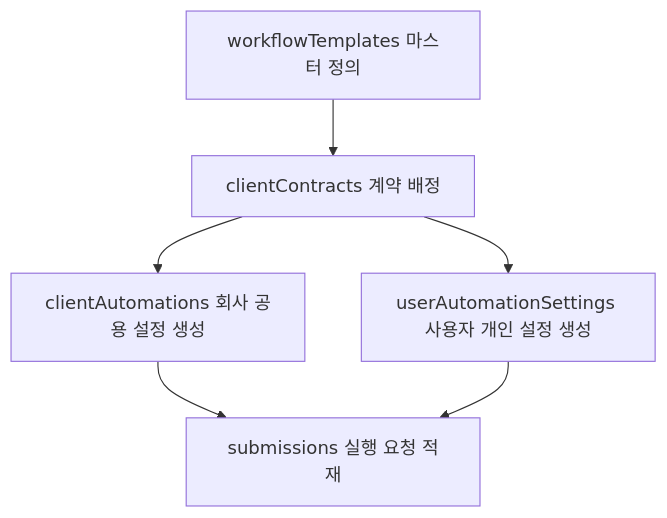
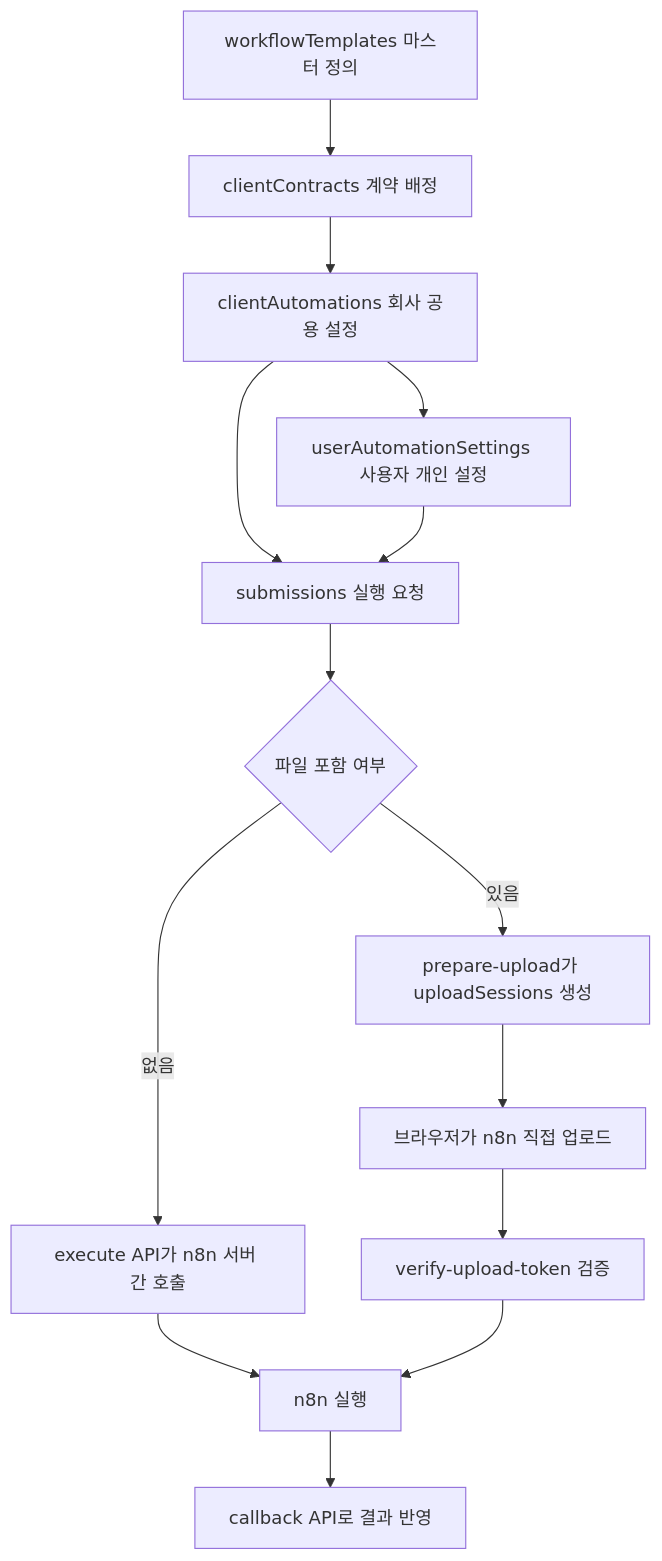
The diagram in docs/n8n-integration/N8Lient_DB_연동규약서.md (jang-seung-hee/n8lient), drawn with Mermaid before and after one commit. The commit also changed other lines of this file and 12 other files, not shown here.

````diff
--- a/docs/n8n-integration/N8Lient_DB_연동규약서.md
+++ b/docs/n8n-integration/N8Lient_DB_연동규약서.md
@@ -165,8 +273,16 @@
 ```mermaid
 graph TD
     A[workflowTemplates 마스터 정의] --> B[clientContracts 계약 배정]
-    B --> C[clientAutomations 회사 공용 설정 생성]
-    B --> D[userAutomationSettings 사용자 개인 설정 생성]
-    C --> E[submissions 실행 요청 적재]
-    D --> E[submissions 실행 요청 적재]
+    B --> C[clientAutomations 회사 공용 설정]
+    C --> D[userAutomationSettings 사용자 개인 설정]
+    C --> E[submissions 실행 요청]
+    D --> E
+    E --> F{파일 포함 여부}
+    F -->|없음| G[execute API가 n8n 서버 간 호출]
+    F -->|있음| H[prepare-upload가 uploadSessions 생성]
+    H --> I[브라우저가 n8n 직접 업로드]
+    I --> J[verify-upload-token 검증]
+    G --> K[n8n 실행]
+    J --> K
+    K --> L[callback API로 결과 반영]
 ```
````
